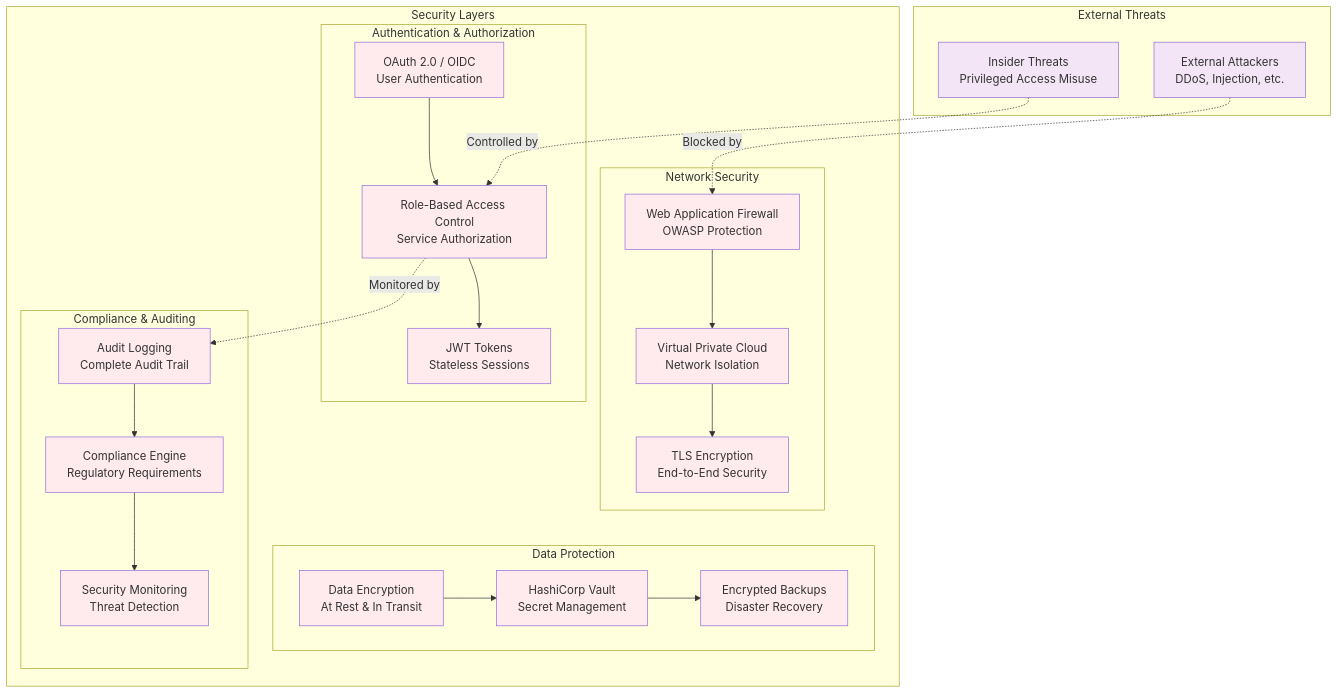
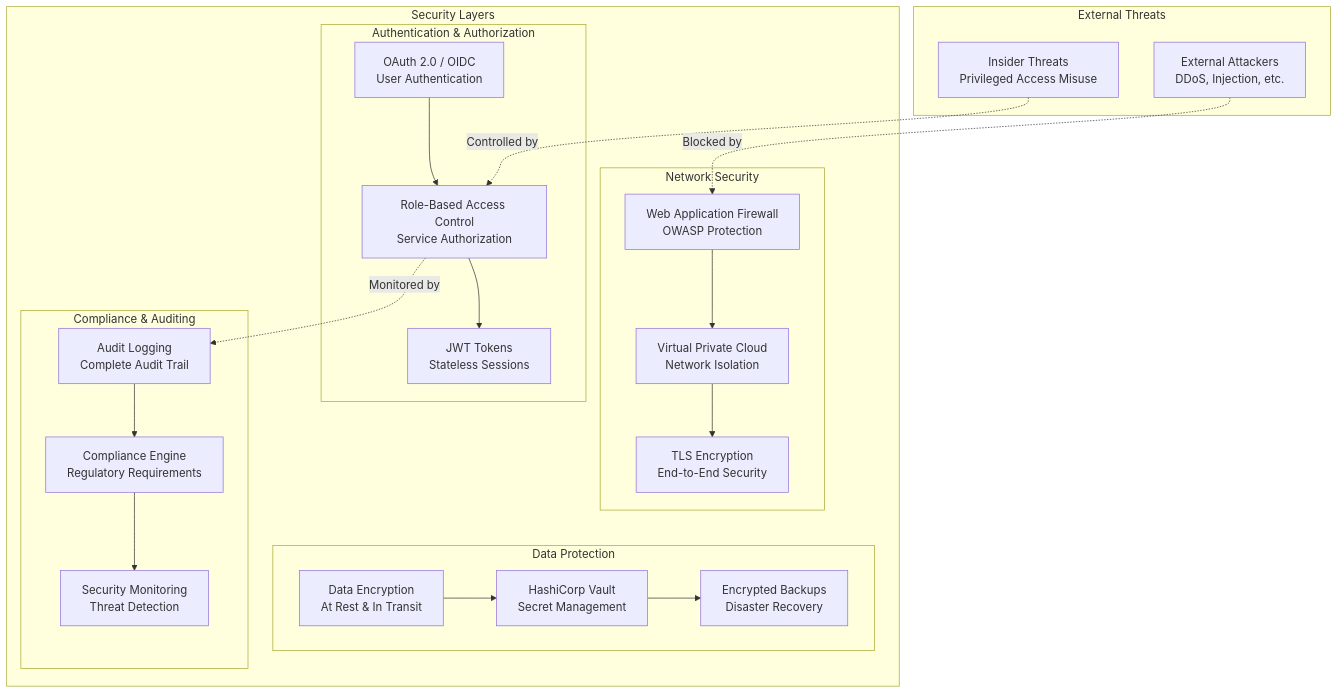
The seventh of 7 diagrams in src/Python_Programs/IBKR_Trading_System_Architecture.md (petewilburn/Python-Programs-for-Fun-and-Education), drawn with Mermaid before and after one commit. The commit also changed other lines of this file and 3 other files, not shown here.

Commit message:
Remove all Mermaid styling for better dark mode compatibility

````diff
--- a/src/Python_Programs/IBKR_Trading_System_Architecture.md
+++ b/src/Python_Programs/IBKR_Trading_System_Architecture.md
@@ -602,60 +554,54 @@
 ```mermaid
 graph TB
     subgraph "Security Layers"
         subgraph "Network Security"
             WAF[Web Application Firewall<br/>OWASP Protection]
             VPC[Virtual Private Cloud<br/>Network Isolation]
             TLS[TLS Encryption<br/>End-to-End Security]
         end
         
         subgraph "Authentication & Authorization"
             OAuth[OAuth 2.0 / OIDC<br/>User Authentication]
             RBAC[Role-Based Access Control<br/>Service Authorization]
             JWT[JWT Tokens<br/>Stateless Sessions]
         end
         
         subgraph "Data Protection"
             Encryption[Data Encryption<br/>At Rest & In Transit]
             Vault[HashiCorp Vault<br/>Secret Management]
             Backup[Encrypted Backups<br/>Disaster Recovery]
         end
         
         subgraph "Compliance & Auditing"
             Audit[Audit Logging<br/>Complete Audit Trail]
             Compliance[Compliance Engine<br/>Regulatory Requirements]
             Monitoring[Security Monitoring<br/>Threat Detection]
         end
     end
     
     subgraph "External Threats"
         Attackers[External Attackers<br/>DDoS, Injection, etc.]
         Insider[Insider Threats<br/>Privileged Access Misuse]
     end
     
     %% Protection layers
     Attackers -.->|Blocked by| WAF
     WAF --> VPC
     VPC --> TLS
     
     %% Internal security
     OAuth --> RBAC
     RBAC --> JWT
     
     %% Data protection
     Encryption --> Vault
     Vault --> Backup
     
     %% Compliance
     Audit --> Compliance
     Compliance --> Monitoring
     
     %% Insider threat mitigation
     Insider -.->|Controlled by| RBAC
     RBAC -.->|Monitored by| Audit
-    
-    classDef security fill:#ffebee
-    classDef threat fill:#f3e5f5
-    
-    class WAF,VPC,TLS,OAuth,RBAC,JWT,Encryption,Vault,Backup,Audit,Compliance,Monitoring security
-    class Attackers,Insider threat
 ```
````
